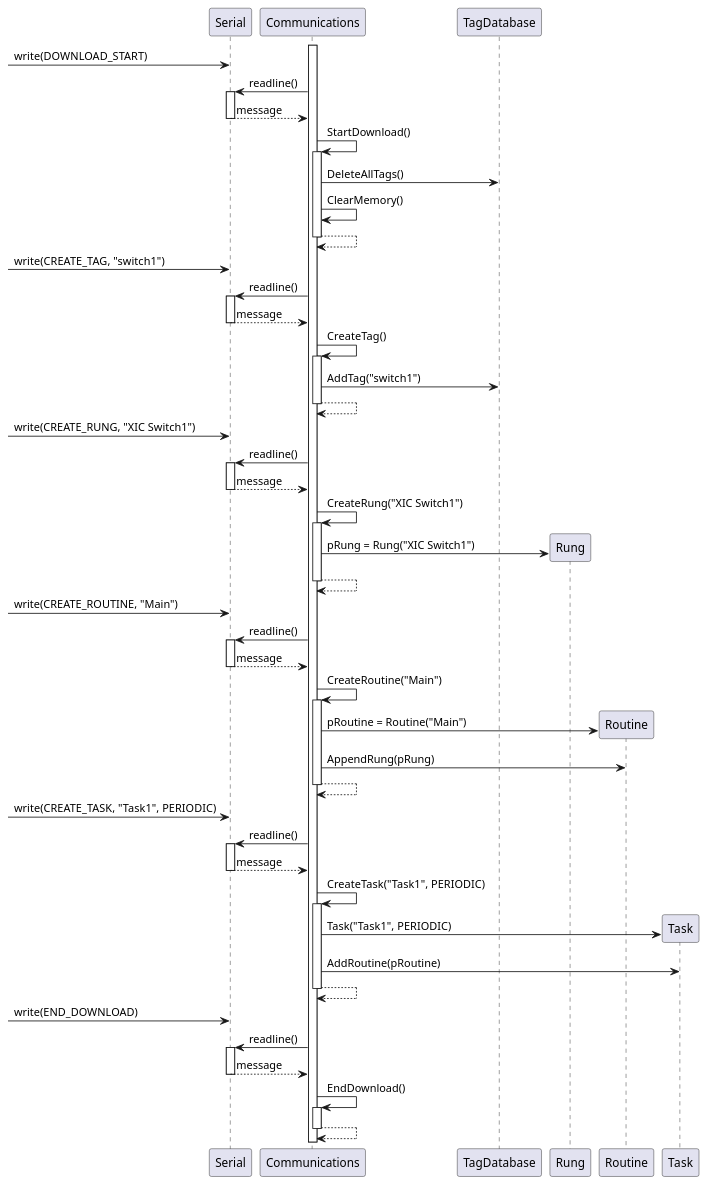
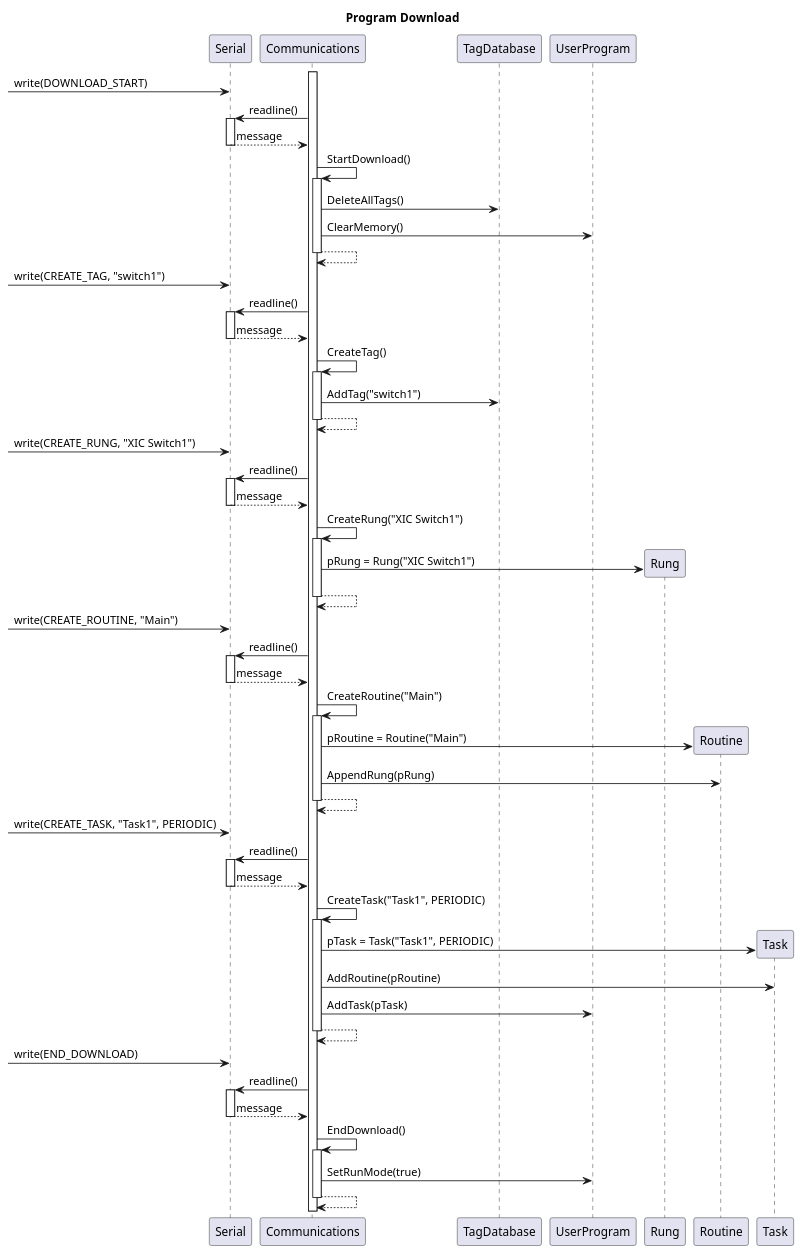
One commit to aet37/ECE1140-Project changed the second of 4 diagrams in docs/hw_track_controller_hld.md. Above: the diagram before and after it, drawn with PlantUML. The commit also changed other lines of this file, not shown here.

````diff
--- a/docs/hw_track_controller_hld.md
+++ b/docs/hw_track_controller_hld.md
@@ -115,62 +123,66 @@
 ```plantuml
 @startuml
 
+title Program Download
 Participant Serial
 participant Communications as comms
 participant TagDatabase as td
+participant UserProgram as up
 participant Rung
 participant Routine
 participant Task
 
 activate comms
 [-> Serial : write(DOWNLOAD_START)
 comms -> Serial ++ : readline()
 return message
 comms -> comms : StartDownload()
 activate comms
 comms -> td : DeleteAllTags()
-comms -> comms : ClearMemory()
+comms -> up : ClearMemory()
 return
 
 [-> Serial : write(CREATE_TAG, "switch1")
 comms -> Serial ++ : readline()
 return message
 comms -> comms : CreateTag()
 activate comms
 comms -> td : AddTag("switch1")
 return
 
 [-> Serial : write(CREATE_RUNG, "XIC Switch1")
 comms -> Serial ++ : readline()
 return message
 comms -> comms : CreateRung("XIC Switch1")
 activate comms
 comms -> Rung ** : pRung = Rung("XIC Switch1")
 return
 
 [-> Serial : write(CREATE_ROUTINE, "Main")
 comms -> Serial ++ : readline()
 return message
 comms -> comms : CreateRoutine("Main")
 activate comms
 comms -> Routine ** : pRoutine = Routine("Main")
 comms -> Routine : AppendRung(pRung)
 return
 
 [-> Serial : write(CREATE_TASK, "Task1", PERIODIC)
 comms -> Serial ++ : readline()
 return message
 comms -> comms : CreateTask("Task1", PERIODIC)
 activate comms
-comms -> Task ** : Task("Task1", PERIODIC)
+comms -> Task ** : pTask = Task("Task1", PERIODIC)
 comms -> Task : AddRoutine(pRoutine)
+comms -> up : AddTask(pTask)
 return
 
 [-> Serial : write(END_DOWNLOAD)
 comms -> Serial ++ : readline()
 return message
 comms -> comms : EndDownload()
 activate comms
+comms -> up : SetRunMode(true)
 return
 @enduml
 ```
````
